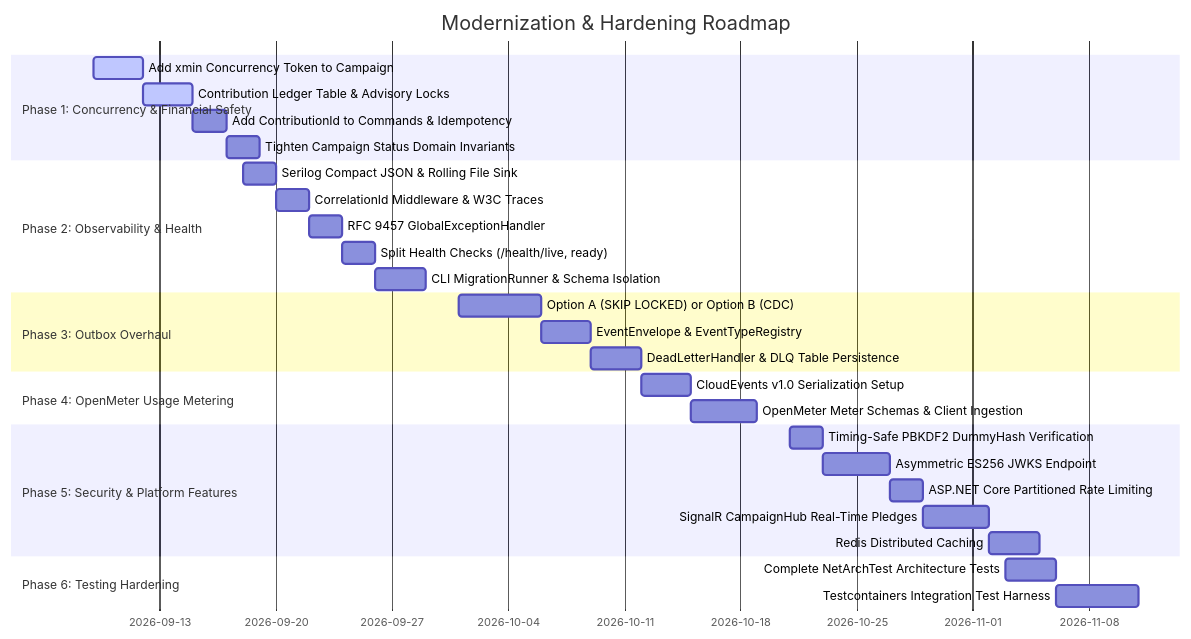
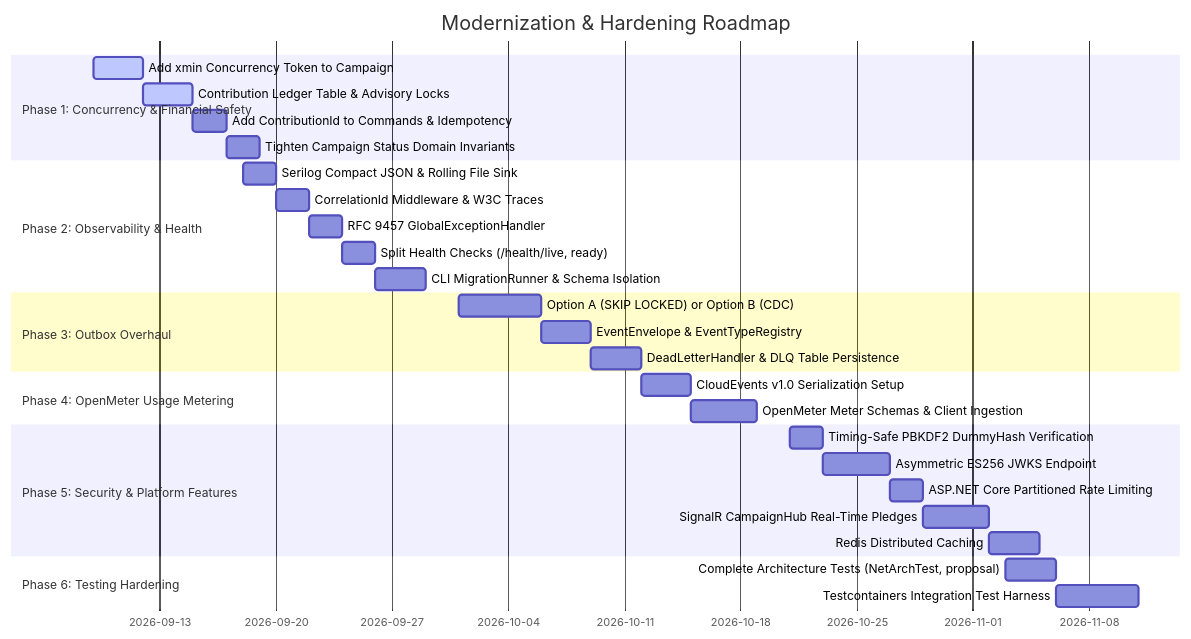
Before and after one commit to maysamgamini/crowdfundinghub: the third of 3 diagrams in improvement.md, drawn with Mermaid. The commit also changed other lines of this file and 20 other files, not shown here.

````diff
--- a/improvement.md
+++ b/improvement.md
@@ -1259,32 +1287,32 @@
 ```mermaid
 gantt
     title Modernization & Hardening Roadmap
     dateFormat  YYYY-MM-DD
     section Phase 1: Concurrency & Financial Safety
     Add xmin Concurrency Token to Campaign       :active, p1_1, 2026-09-09, 3d
     Contribution Ledger Table & Advisory Locks  :active, p1_2, after p1_1, 3d
     Add ContributionId to Commands & Idempotency:p1_3, after p1_2, 2d
     Tighten Campaign Status Domain Invariants   :p1_4, after p1_3, 2d
     section Phase 2: Observability & Health
     Serilog Compact JSON & Rolling File Sink    :p2_1, 2026-09-18, 2d
     CorrelationId Middleware & W3C Traces       :p2_2, after p2_1, 2d
     RFC 9457 GlobalExceptionHandler             :p2_3, after p2_2, 2d
     Split Health Checks (/health/live, ready)   :p2_4, after p2_3, 2d
     CLI MigrationRunner & Schema Isolation      :p2_5, after p2_4, 3d
     section Phase 3: Outbox Overhaul
     Option A (SKIP LOCKED) or Option B (CDC)    :p3_1, 2026-10-01, 5d
     EventEnvelope & EventTypeRegistry           :p3_2, after p3_1, 3d
     DeadLetterHandler & DLQ Table Persistence   :p3_3, after p3_2, 3d
     section Phase 4: OpenMeter Usage Metering
     CloudEvents v1.0 Serialization Setup        :p4_1, 2026-10-12, 3d
     OpenMeter Meter Schemas & Client Ingestion  :p4_2, after p4_1, 4d
     section Phase 5: Security & Platform Features
     Timing-Safe PBKDF2 DummyHash Verification   :p5_1, 2026-10-21, 2d
     Asymmetric ES256 JWKS Endpoint              :p5_2, after p5_1, 4d
     ASP.NET Core Partitioned Rate Limiting      :p5_3, after p5_2, 2d
     SignalR CampaignHub Real-Time Pledges       :p5_4, after p5_3, 4d
     Redis Distributed Caching                   :p5_5, after p5_4, 3d
     section Phase 6: Testing Hardening
-    Complete NetArchTest Architecture Tests     :p6_1, 2026-11-03, 3d
+    Complete Architecture Tests (NetArchTest, proposal)  :p6_1, 2026-11-03, 3d
     Testcontainers Integration Test Harness     :p6_2, after p6_1, 5d
 ```
````
